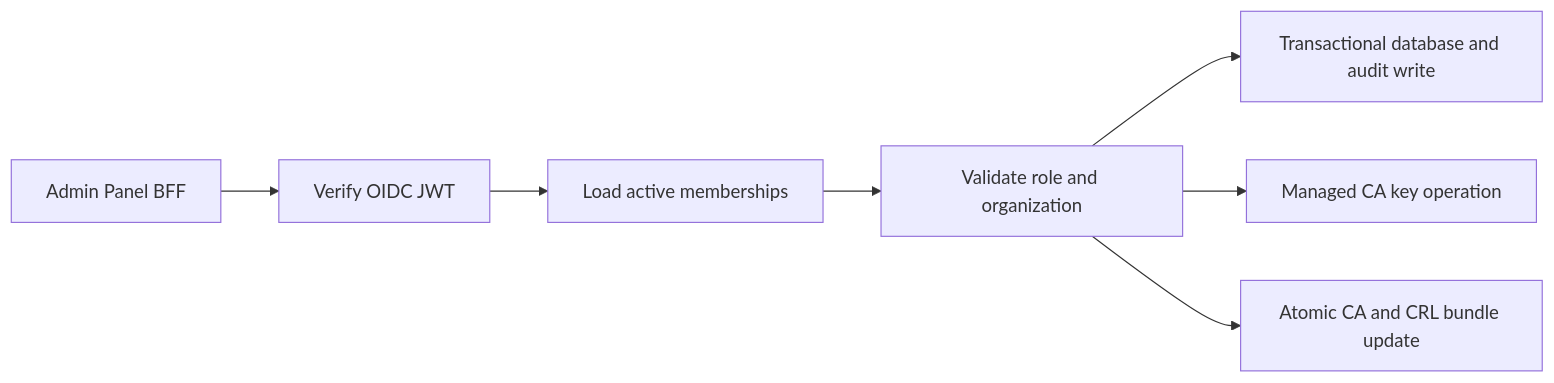
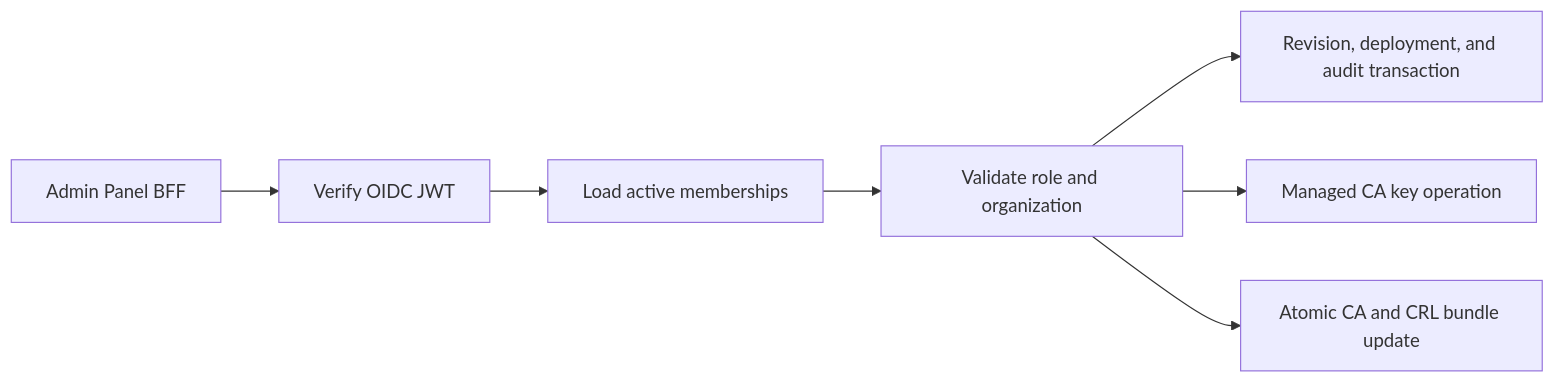
The diagram in docs/02-architecture/Management API.md (c4rl0s04/api-gateway-platform), drawn with Mermaid before and after one commit. The commit also changed other lines of this file and 2 other files, not shown here.

Commit message:
docs(management): document proxy revision control plane

````diff
--- a/docs/02-architecture/Management API.md
+++ b/docs/02-architecture/Management API.md
@@ -43,9 +46,9 @@
 ```mermaid
 flowchart LR
     CLIENT["Admin Panel BFF"] --> OIDC["Verify OIDC JWT"]
     OIDC --> MEMBERSHIP["Load active memberships"]
     MEMBERSHIP --> DOMAIN["Validate role and organization"]
-    DOMAIN --> DATABASE["Transactional database and audit write"]
+    DOMAIN --> DATABASE["Revision, deployment, and audit transaction"]
     DOMAIN --> KEYSTORE["Managed CA key operation"]
     DOMAIN --> SDS["Atomic CA and CRL bundle update"]
 ```
````
